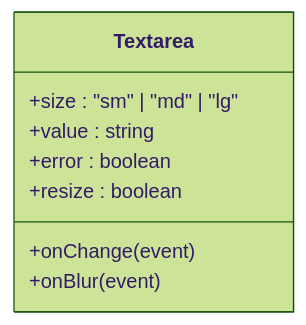
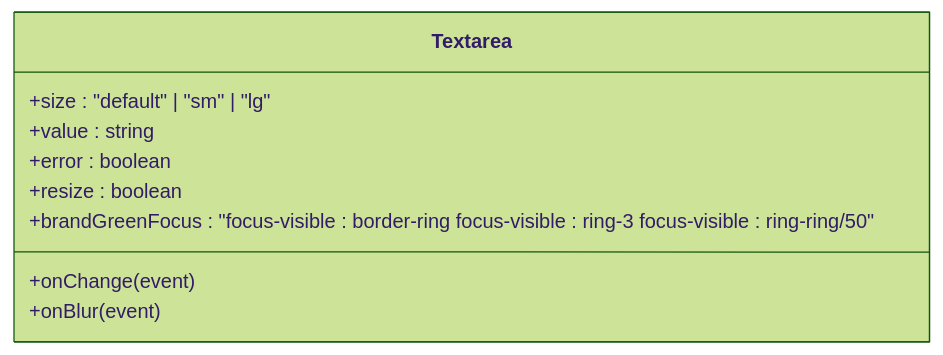
Before and after one commit to userisaziz/samaa-ai: the sixth of 18 diagrams in .qoder/repowiki/en/content/Frontend Application/UI Component Library & Design System.md, drawn with Mermaid (forest theme). The commit also changed other lines of this file and 108 other files, not shown here.

````diff
--- a/.qoder/repowiki/en/content/Frontend Application/UI Component Library & Design System.md
+++ b/.qoder/repowiki/en/content/Frontend Application/UI Component Library & Design System.md
@@ -313,11 +536,12 @@
 ```mermaid
 classDiagram
 class Textarea {
-+size : "sm" | "md" | "lg"
++size : "default" | "sm" | "lg"
 +value : string
 +onChange(event)
 +onBlur(event)
 +error : boolean
 +resize : boolean
++brandGreenFocus : "focus-visible : border-ring focus-visible : ring-3 focus-visible : ring-ring/50"
 }
 ```
````
